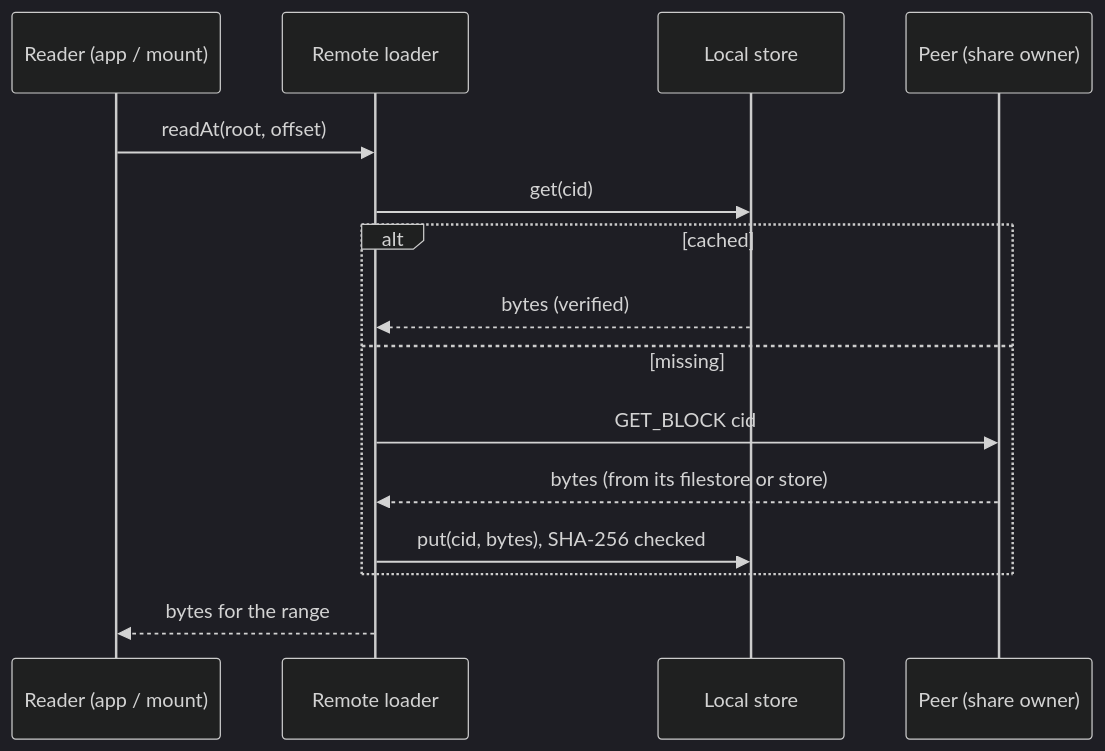
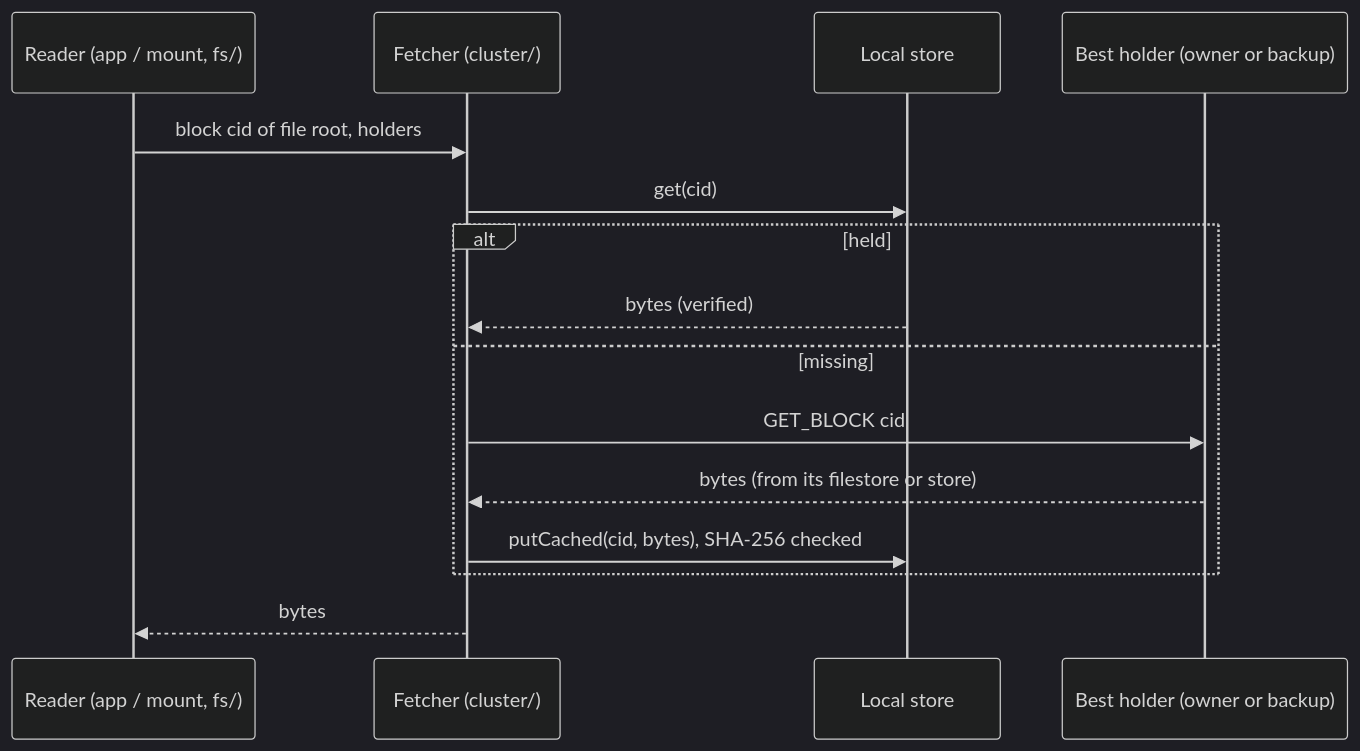
Before and after one commit to highercomve/nomadfs: the diagram in learning/fs/shares.md, drawn with Mermaid (dark theme). The commit also changed other lines of this file and 27 other files, not shown here.

````diff
--- a/learning/fs/shares.md
+++ b/learning/fs/shares.md
@@ -157,17 +164,17 @@
 ```mermaid
 sequenceDiagram
-    participant R as Reader (app / mount)
-    participant L as Remote loader
+    participant R as Reader (app / mount, fs/)
+    participant L as Fetcher (cluster/)
     participant S as Local store
-    participant P as Peer (share owner)
-    R->>L: readAt(root, offset)
+    participant P as Best holder (owner or backup)
+    R->>L: block cid of file root, holders
     L->>S: get(cid)
-    alt cached
+    alt held
         S-->>L: bytes (verified)
     else missing
         L->>P: GET_BLOCK cid
         P-->>L: bytes (from its filestore or store)
-        L->>S: put(cid, bytes), SHA-256 checked
+        L->>S: putCached(cid, bytes), SHA-256 checked
     end
-    L-->>R: bytes for the range
+    L-->>R: bytes
 ```
````
